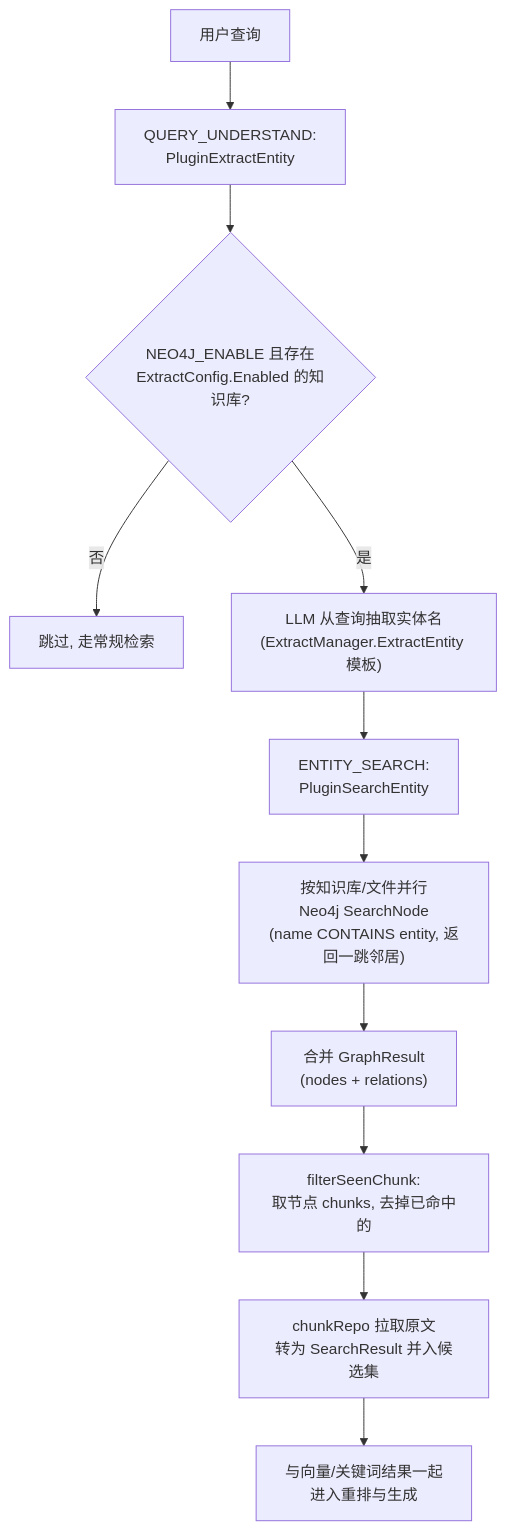
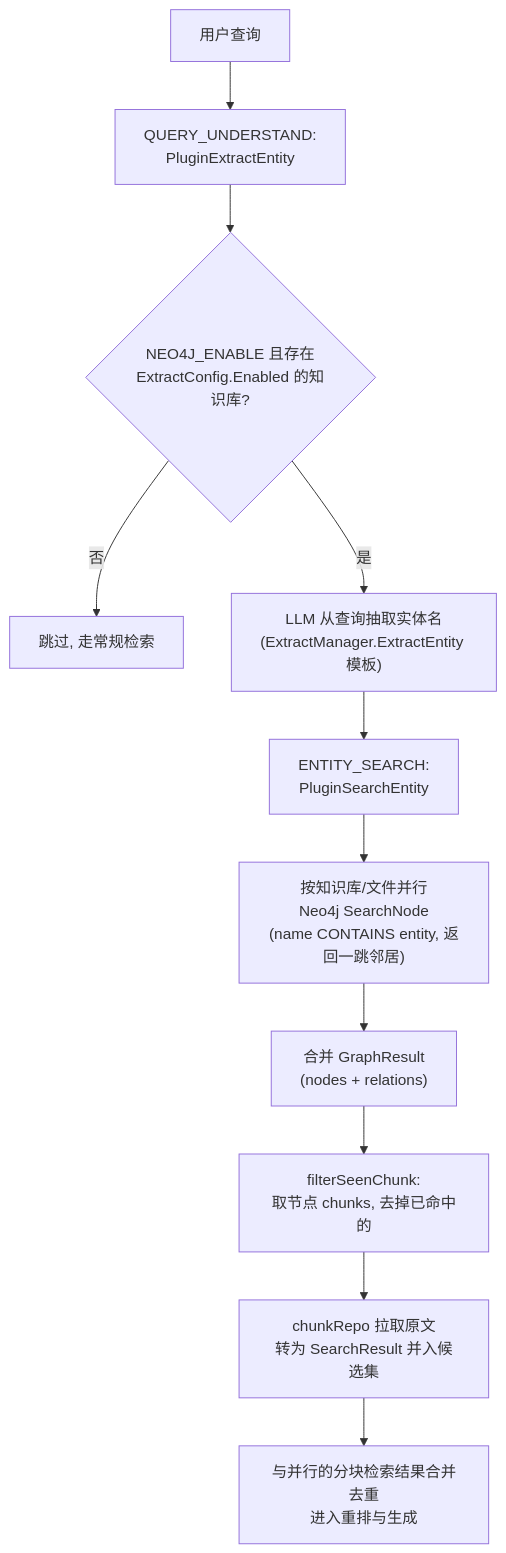
Before and after one commit to magicyuan876/Yuheng: the second of 2 diagrams in website-docs/03-features/09-knowledge-graph.md, drawn with Mermaid. The commit also changed other lines of this file and 18 other files, not shown here.

````diff
--- a/website-docs/03-features/09-knowledge-graph.md
+++ b/website-docs/03-features/09-knowledge-graph.md
@@ -147,13 +177,13 @@
 ```mermaid
 flowchart TD
     Q["用户查询"] --> U["QUERY_UNDERSTAND:<br/>PluginExtractEntity"]
     U --> U1{"NEO4J_ENABLE 且存在<br/>ExtractConfig.Enabled 的知识库?"}
     U1 -->|"否"| SKIP["跳过, 走常规检索"]
     U1 -->|"是"| U2["LLM 从查询抽取实体名<br/>(ExtractManager.ExtractEntity 模板)"]
     U2 --> S["ENTITY_SEARCH:<br/>PluginSearchEntity"]
     S --> S1["按知识库/文件并行<br/>Neo4j SearchNode<br/>(name CONTAINS entity, 返回一跳邻居)"]
     S1 --> S2["合并 GraphResult<br/>(nodes + relations)"]
     S2 --> S3["filterSeenChunk:<br/>取节点 chunks, 去掉已命中的"]
     S3 --> S4["chunkRepo 拉取原文<br/>转为 SearchResult 并入候选集"]
-    S4 --> R["与向量/关键词结果一起<br/>进入重排与生成"]
+    S4 --> R["与并行的分块检索结果合并去重<br/>进入重排与生成"]
 ```
````
